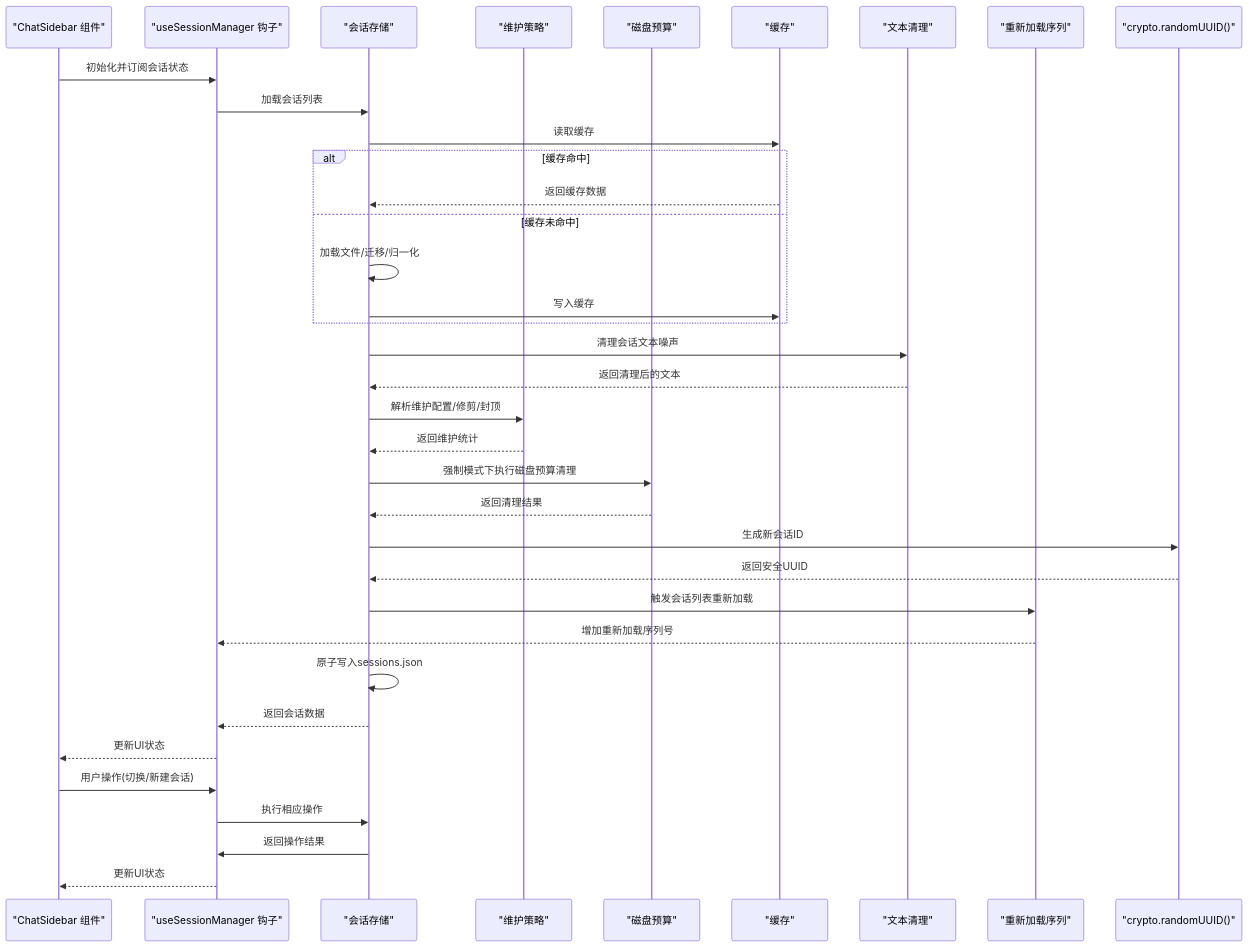
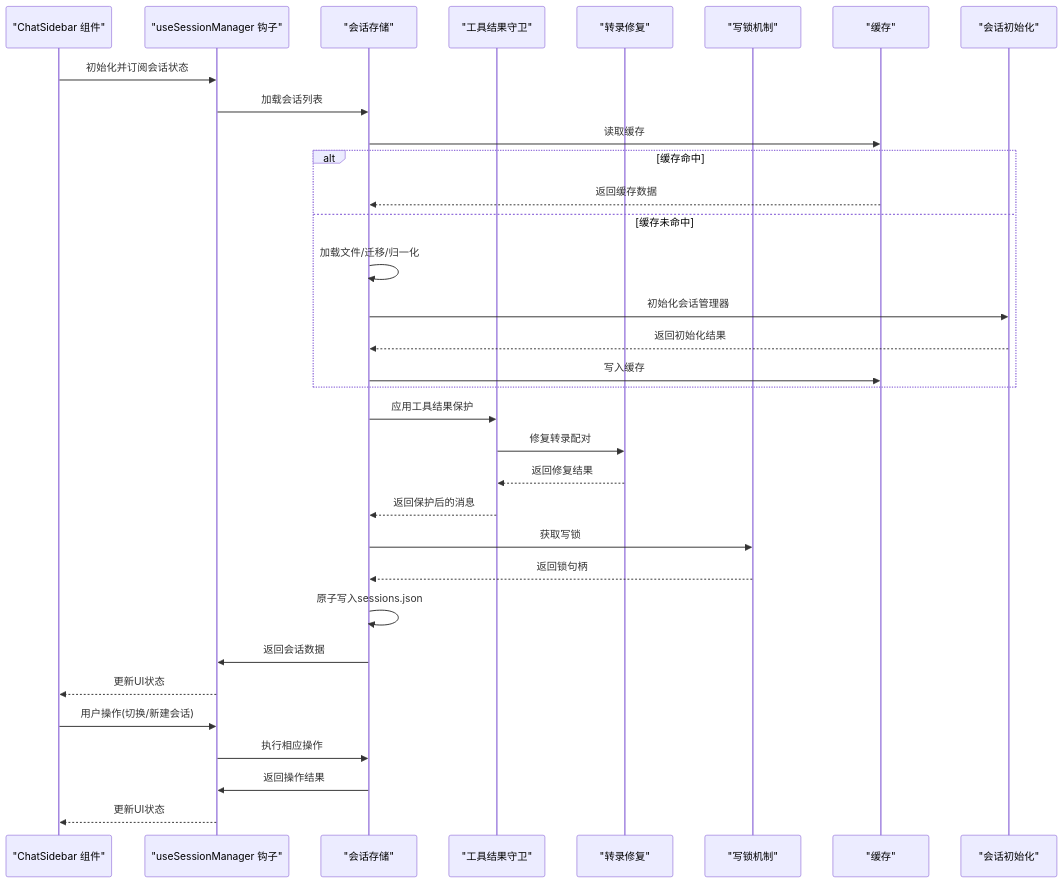
The second of 18 diagrams in .qoder/repowiki/zh/content/核心概念/会话管理.md (verse-ai-org/openclaw), drawn with Mermaid before and after one commit. The commit also changed other lines of this file and 20 other files, not shown here.

````diff
--- a/.qoder/repowiki/zh/content/核心概念/会话管理.md
+++ b/.qoder/repowiki/zh/content/核心概念/会话管理.md
@@ -247,38 +251,35 @@
 ```mermaid
 sequenceDiagram
 participant UI as "ChatSidebar 组件"
 participant Hook as "useSessionManager 钩子"
 participant Store as "会话存储"
-participant Maint as "维护策略"
-participant Disk as "磁盘预算"
+participant Guard as "工具结果守卫"
+participant Repair as "转录修复"
+participant Lock as "写锁机制"
 participant Cache as "缓存"
-participant TextClean as "文本清理"
-participant ReloadSeq as "重新加载序列"
-participant Crypto as "crypto.randomUUID()"
+participant Init as "会话初始化"
 UI->>Hook : 初始化并订阅会话状态
 Hook->>Store : 加载会话列表
 Store->>Cache : 读取缓存
 alt 缓存命中
 Cache-->>Store : 返回缓存数据
 else 缓存未命中
 Store->>Store : 加载文件/迁移/归一化
+Store->>Init : 初始化会话管理器
+Init-->>Store : 返回初始化结果
 Store->>Cache : 写入缓存
 end
-Store->>TextClean : 清理会话文本噪声
-TextClean-->>Store : 返回清理后的文本
-Store->>Maint : 解析维护配置/修剪/封顶
-Maint-->>Store : 返回维护统计
-Store->>Disk : 强制模式下执行磁盘预算清理
-Disk-->>Store : 返回清理结果
-Store->>Crypto : 生成新会话ID
-Crypto-->>Store : 返回安全UUID
-Store->>ReloadSeq : 触发会话列表重新加载
-ReloadSeq-->>Hook : 增加重新加载序列号
+Store->>Guard : 应用工具结果保护
+Guard->>Repair : 修复转录配对
+Repair-->>Guard : 返回修复结果
+Guard-->>Store : 返回保护后的消息
+Store->>Lock : 获取写锁
+Lock-->>Store : 返回锁句柄
 Store->>Store : 原子写入sessions.json
-Store-->>Hook : 返回会话数据
+Store->>Hook : 返回会话数据
 Hook-->>UI : 更新UI状态
 UI->>Hook : 用户操作(切换/新建会话)
 Hook->>Store : 执行相应操作
 Store->>Hook : 返回操作结果
 Hook-->>UI : 更新UI状态
 ```
````
